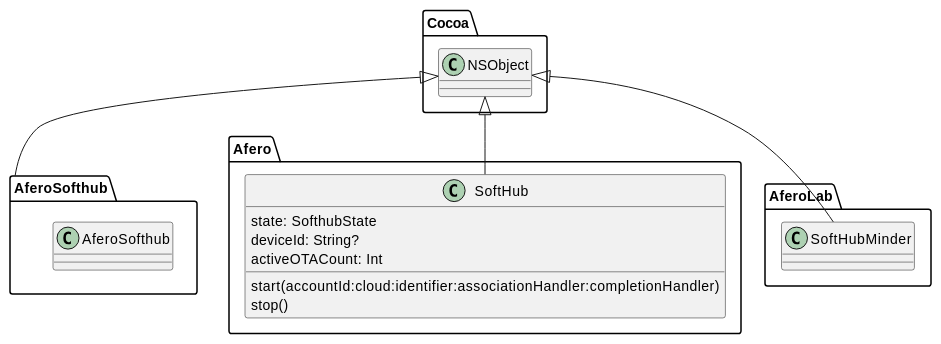
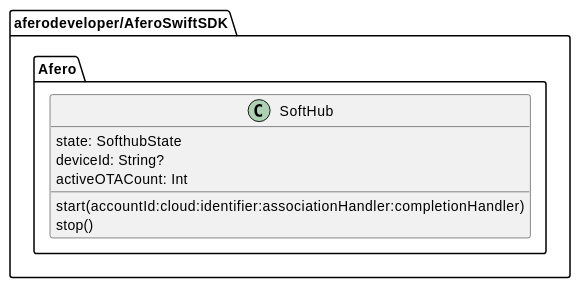
Before and after one commit to aferodeveloper/AferoSwiftSDK: the diagram in Docs/Softhub.md, drawn with PlantUML. The commit also changed other lines of this file and 1 other file, not shown here.

Commit message:
IOS-1741 Add documentation for Softhub use.

````diff
--- a/Docs/Softhub.md
+++ b/Docs/Softhub.md
@@ -66,36 +150,20 @@
 ```puml
 
-package Cocoa {
-    class NSObject
-}
+folder aferodeveloper/AferoSwiftSDK {
 
-package AferoSofthub {
-    class AferoSofthub
-}
+    package Afero {
 
-NSObject <|-- AferoSofthub
+        class SoftHub {
+            {field} state: SofthubState
+            {field} deviceId: String?
+            {field} activeOTACount: Int
 
+            {method} start(accountId:cloud:identifier:associationHandler:completionHandler)
+            {method} stop()
+        }
 
-package Afero {
-
-    class SoftHub {
-        {field} state: SofthubState
-        {field} deviceId: String?
-        {field} activeOTACount: Int
-
-        {method} start(accountId:cloud:identifier:associationHandler:completionHandler)
-        {method} stop()
     }
 
 }
 
-NSObject <|-- SoftHub
-
-package AferoLab {
-
-    class SoftHubMinder
-
-}
-
-NSObject <|-- SoftHubMinder
 ```
````
